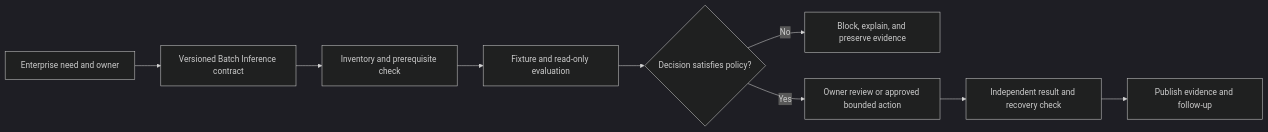
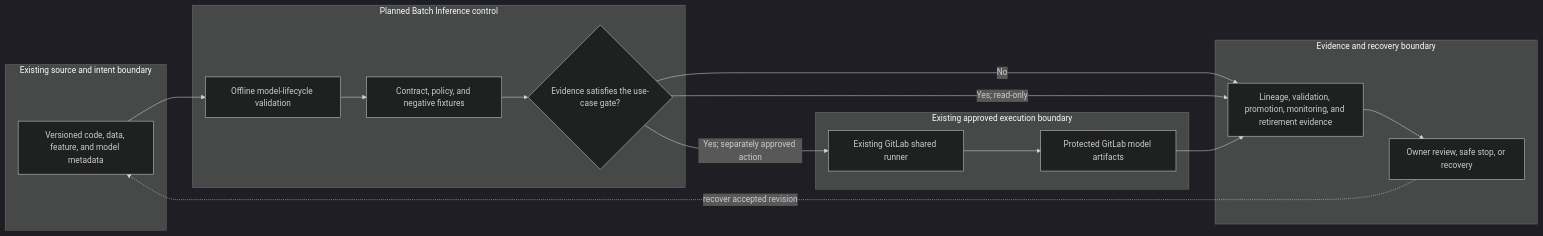
The diagram in docs/use-cases/mlops/UC-MLOPS-006-batch-inference.md (MIDHTECH/enterprise-architecture-docs), drawn with Mermaid (dark theme) before and after one commit. The commit also changed other lines of this file and 227 other files, not shown here.

Commit message:
Deepen architecture for all use case designs

````diff
--- a/docs/use-cases/mlops/UC-MLOPS-006-batch-inference.md
+++ b/docs/use-cases/mlops/UC-MLOPS-006-batch-inference.md
@@ -136,11 +129,25 @@
 ```mermaid
 flowchart LR
-    Need["Enterprise need and owner"] --> Contract["Versioned Batch Inference contract"]
-    Contract --> Preflight["Inventory and prerequisite check"]
-    Preflight --> Evaluate["Fixture and read-only evaluation"]
-    Evaluate --> Decision{"Decision satisfies policy?"}
-    Decision -->|No| Stop["Block, explain, and preserve evidence"]
-    Decision -->|Yes| Review["Owner review or approved bounded action"]
-    Review --> Verify["Independent result and recovery check"]
-    Verify --> Publish["Publish evidence and follow-up"]
+    subgraph Source["Existing source and intent boundary"]
+        A["Versioned code, data, feature, and model metadata"]
+    end
+    subgraph Planned["Planned Batch Inference control"]
+        B["Offline model-lifecycle validation"]
+        C["Contract, policy, and negative fixtures"]
+        D{"Evidence satisfies the use-case gate?"}
+    end
+    subgraph Runtime["Existing approved execution boundary"]
+        E["Existing GitLab shared runner"]
+        F["Protected GitLab model artifacts"]
+    end
+    subgraph Assurance["Evidence and recovery boundary"]
+        G["Lineage, validation, promotion, monitoring, and retirement evidence"]
+        H["Owner review, safe stop, or recovery"]
+    end
+
+    A --> B --> C --> D
+    D -->|No| G --> H
+    D -->|Yes; read-only| G
+    D -->|Yes; separately approved action| E --> F --> G
+    H -. recover accepted revision .-> A
 ```
````
